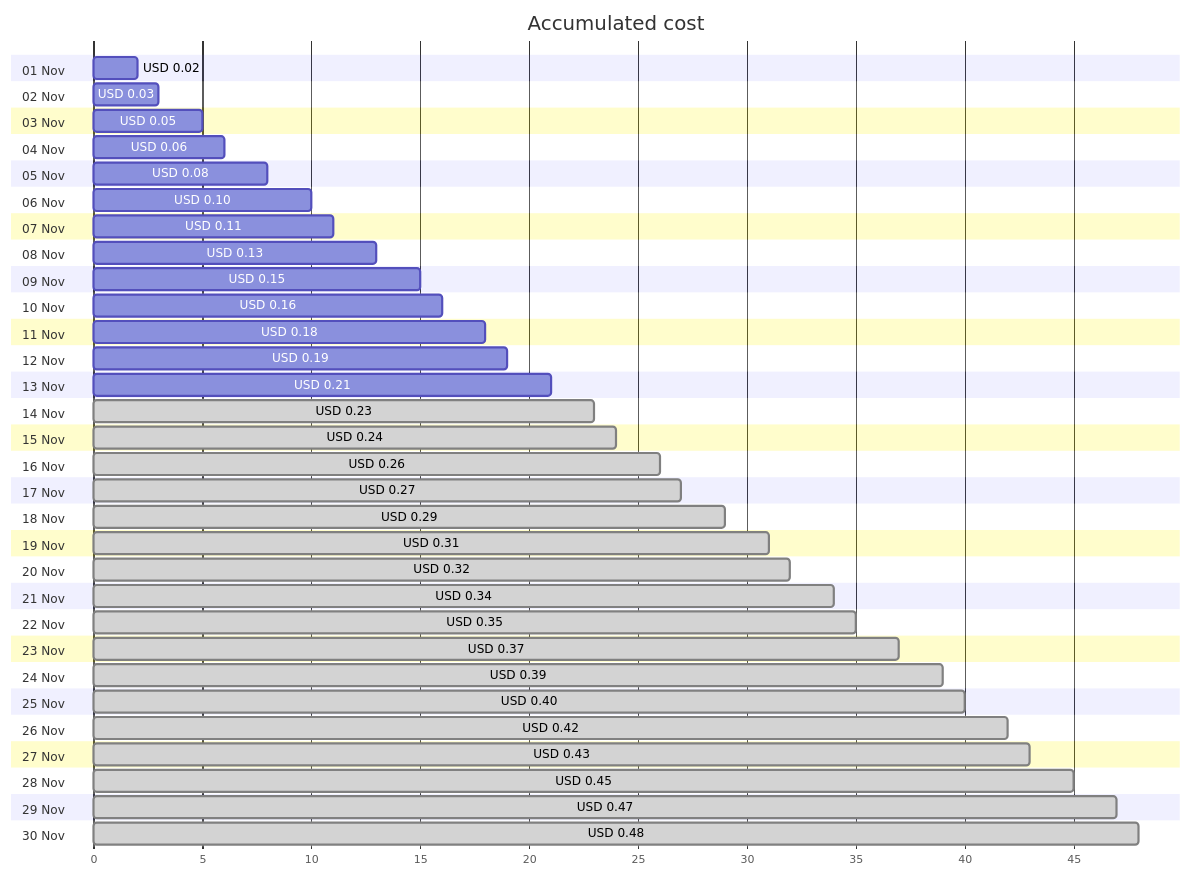
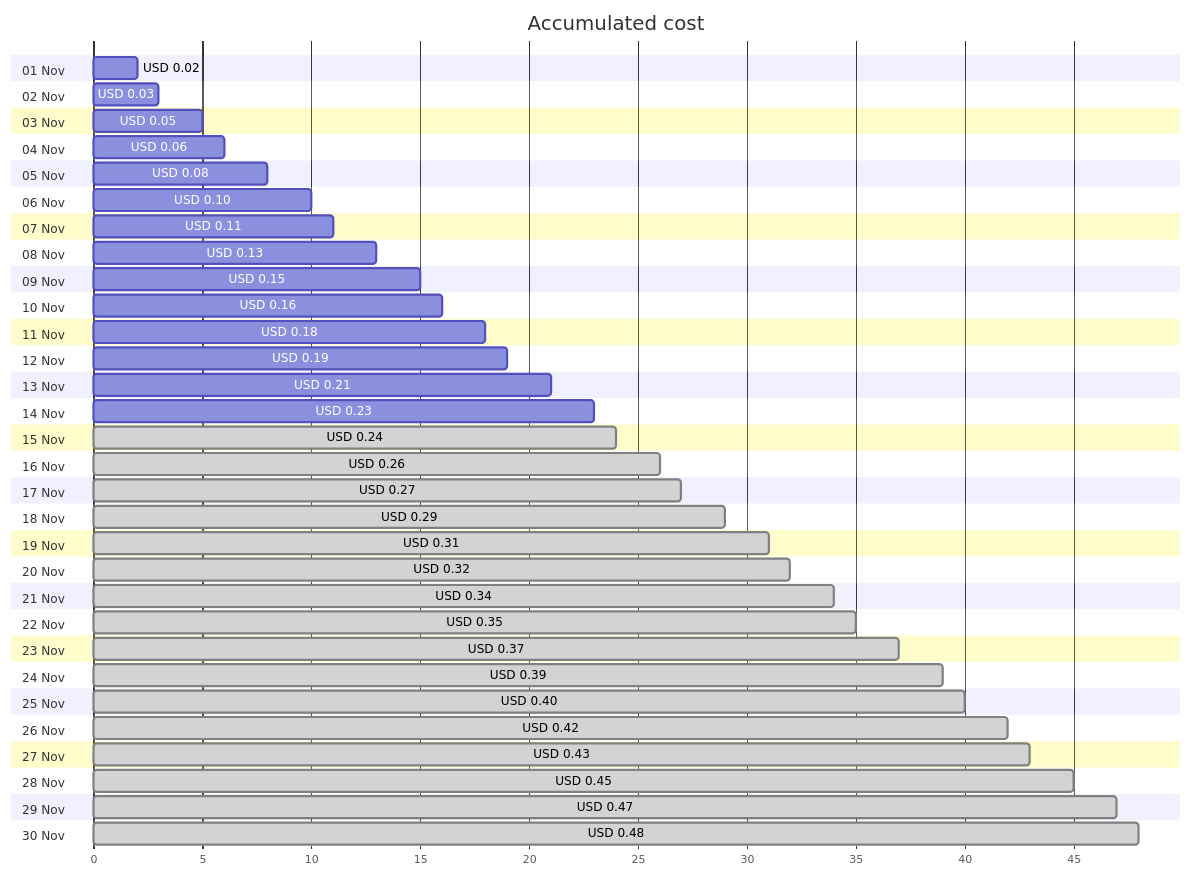
The first of 4 diagrams in cost-reports/personal-network/private.jpatrickfulton.com.md (jpfulton/azure-personal-reports), drawn with Mermaid before and after one commit. The commit also changed other lines of this file and 8 other files, not shown here.

````diff
--- a/cost-reports/personal-network/private.jpatrickfulton.com.md
+++ b/cost-reports/personal-network/private.jpatrickfulton.com.md
@@ -20,66 +20,66 @@
 ```mermaid
 gantt
    title Accumulated cost
    dateFormat  X
    axisFormat %s
    section 01 Nov
    USD 0.02 :0, 2
    section 02 Nov
    USD 0.03 :0, 3
    section 03 Nov
    USD 0.05 :0, 5
    section 04 Nov
    USD 0.06 :0, 6
    section 05 Nov
    USD 0.08 :0, 8
    section 06 Nov
    USD 0.10 :0, 10
    section 07 Nov
    USD 0.11 :0, 11
    section 08 Nov
    USD 0.13 :0, 13
    section 09 Nov
    USD 0.15 :0, 15
    section 10 Nov
    USD 0.16 :0, 16
    section 11 Nov
    USD 0.18 :0, 18
    section 12 Nov
    USD 0.19 :0, 19
    section 13 Nov
    USD 0.21 :0, 21
    section 14 Nov
-   USD 0.23 : done, 0, 23
+   USD 0.23 :0, 23
    section 15 Nov
    USD 0.24 : done, 0, 24
    section 16 Nov
    USD 0.26 : done, 0, 26
    section 17 Nov
    USD 0.27 : done, 0, 27
    section 18 Nov
    USD 0.29 : done, 0, 29
    section 19 Nov
    USD 0.31 : done, 0, 31
    section 20 Nov
    USD 0.32 : done, 0, 32
    section 21 Nov
    USD 0.34 : done, 0, 34
    section 22 Nov
    USD 0.35 : done, 0, 35
    section 23 Nov
    USD 0.37 : done, 0, 37
    section 24 Nov
    USD 0.39 : done, 0, 39
    section 25 Nov
    USD 0.40 : done, 0, 40
    section 26 Nov
    USD 0.42 : done, 0, 42
    section 27 Nov
    USD 0.43 : done, 0, 43
    section 28 Nov
    USD 0.45 : done, 0, 45
    section 29 Nov
    USD 0.47 : done, 0, 47
    section 30 Nov
    USD 0.48 : done, 0, 48
 ```
````
